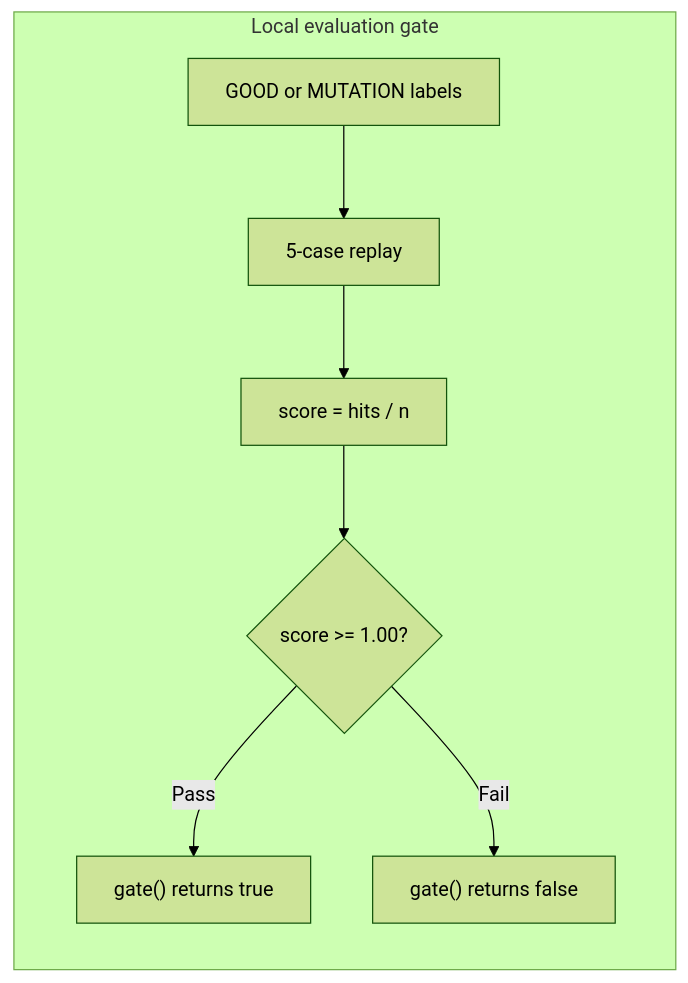
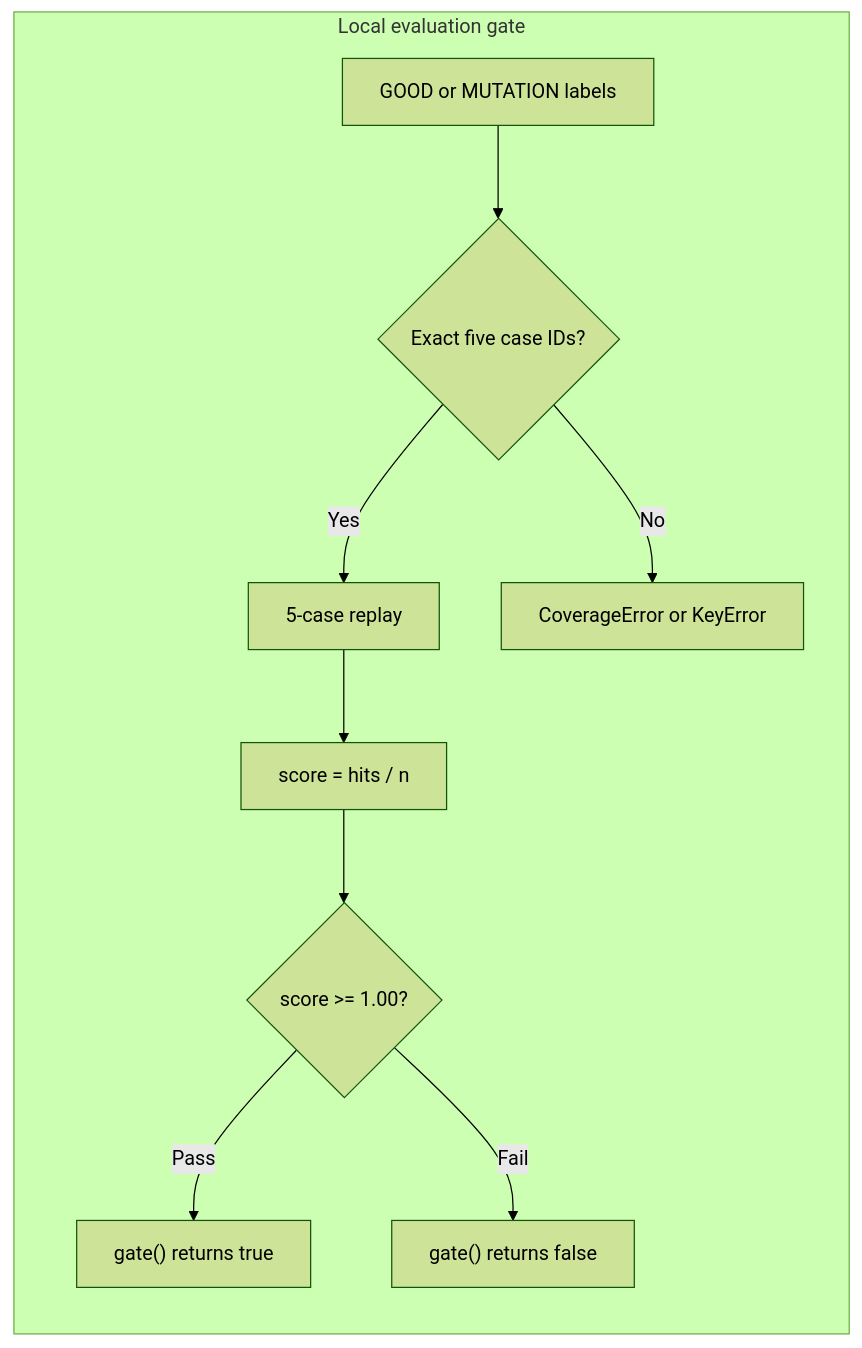
Before and after one commit to ChunkyTortoise/llm-reviewer-path: the third of 3 diagrams in README.md, drawn with Mermaid (forest theme). The commit also changed other lines of this file and 6 other files, not shown here.

````diff
--- a/README.md
+++ b/README.md
@@ -125,10 +147,12 @@
 ```mermaid
 flowchart LR
     subgraph Gate["Local evaluation gate"]
-        Cand["GOOD or MUTATION labels"] --> Replay["5-case replay"]
+        Cand["GOOD or MUTATION labels"] --> Coverage{"Exact five case IDs?"}
+        Coverage -->|Yes| Replay["5-case replay"]
+        Coverage -->|No| Reject["CoverageError or KeyError"]
         Replay --> Eval["score = hits / n"]
         Eval --> Floor{"score >= 1.00?"}
         Floor -->|Pass| Allow["gate() returns true"]
         Floor -->|Fail| Block["gate() returns false"]
     end
 ```
````
